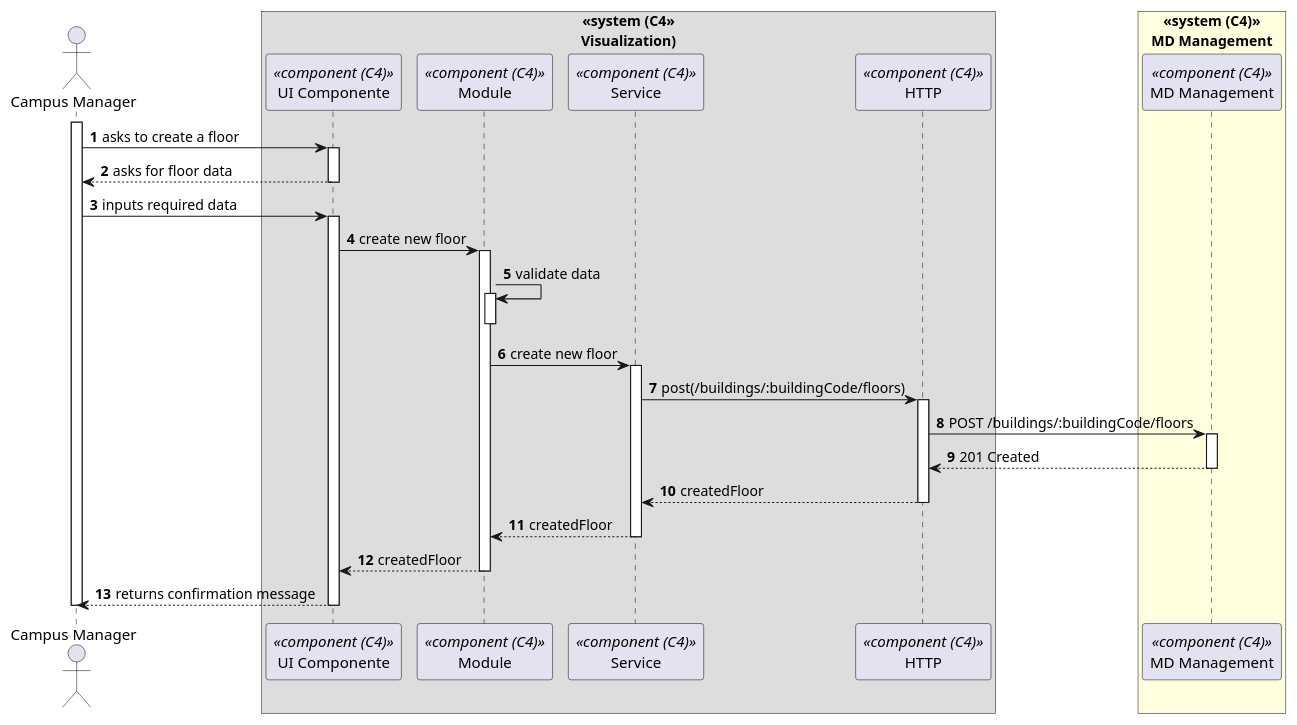
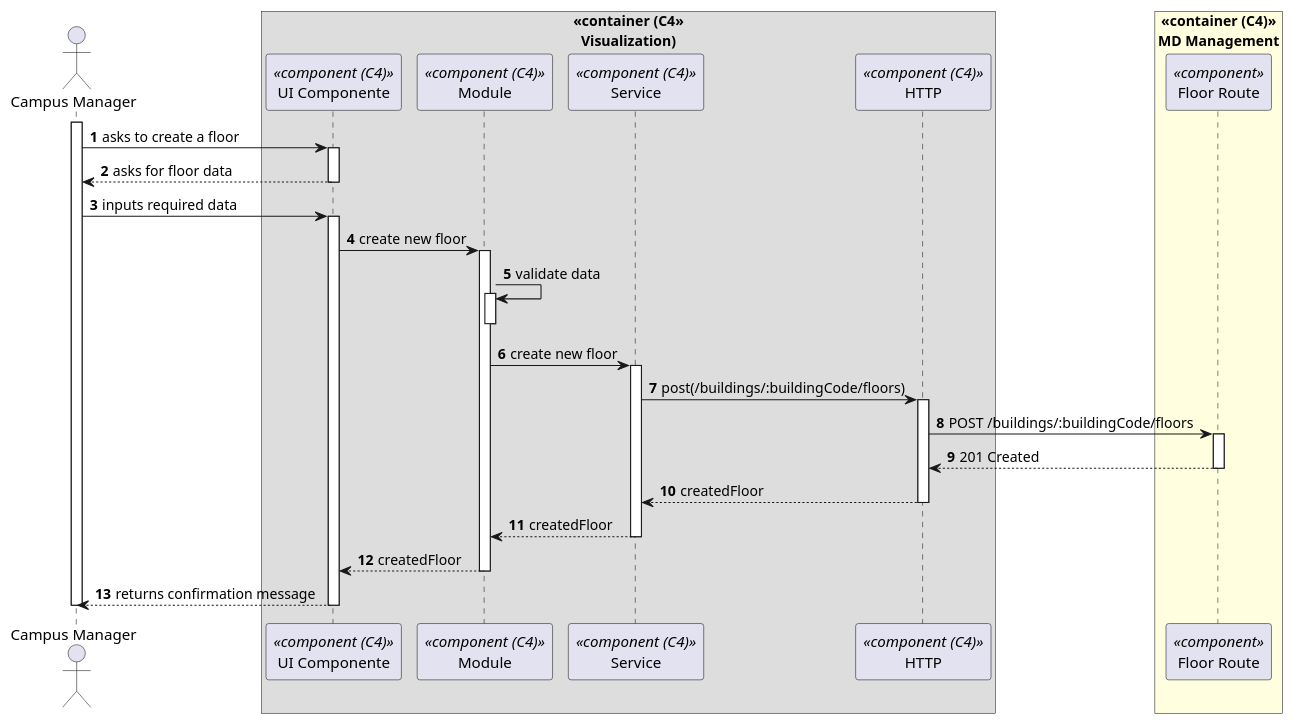
Before and after one commit to miseEnPlace-dev/lapr5: the diagram in _wiki/sprint-b/us-1090/views/level-3/process-view.puml, drawn with PlantUML. The commit also changed 7 other files, not shown here.

Commit message:
docs(us1030): added diagrams

```diff
--- a/_wiki/sprint-b/us-1090/views/level-3/process-view.puml
+++ b/_wiki/sprint-b/us-1090/views/level-3/process-view.puml
@@ -1,58 +1,58 @@
 @startuml process-view
 autonumber
 skinparam DefaultTextAlignment<<center>> center
 
 actor CM as "Campus Manager"
-box "<<system (C4>>\nVisualization)"<<center>>
+box "<<container (C4>>\nVisualization)"<<center>>
   participant CMP as "UI Componente" <<component (C4)>>
     participant CMP as "UI Component" <<component (C4)>>
   participant MOD as "Module" <<component (C4)>>
   participant SRV as "Service" <<component (C4)>>
   participant HTTP as "HTTP" <<component (C4)>>
 end box
 
-box "<<system (C4)>>\nMD Management" <<center>>#LightYellow
-  participant MDM as "MD Management" <<component (C4)>>
+box "<<container (C4)>>\nMD Management" <<center>>#LightYellow
+  participant MDM as "Floor Route" <<component>>
 end box
 
 activate CM
 
 CM -> CMP : asks to create a floor
 activate CMP
 
 CM <-- CMP : asks for floor data
 deactivate CMP
 
 CM -> CMP : inputs required data
 activate CMP
 
 CMP -> MOD : create new floor
 activate MOD
 MOD -> MOD : validate data
 activate MOD
 deactivate MOD
 
 MOD -> SRV : create new floor
 activate SRV
 SRV -> HTTP : post(/buildings/:buildingCode/floors)
 activate HTTP
 
 HTTP -> MDM : POST /buildings/:buildingCode/floors
 activate MDM
 MDM --> HTTP : 201 Created
 deactivate MDM
 
 HTTP --> SRV : createdFloor
 deactivate HTTP
 
 SRV --> MOD : createdFloor
 deactivate SRV
 MOD --> CMP : createdFloor
 deactivate MOD
 
 CM <-- CMP : returns confirmation message
 deactivate CMP
 
 deactivate CM
 
 @enduml
```
